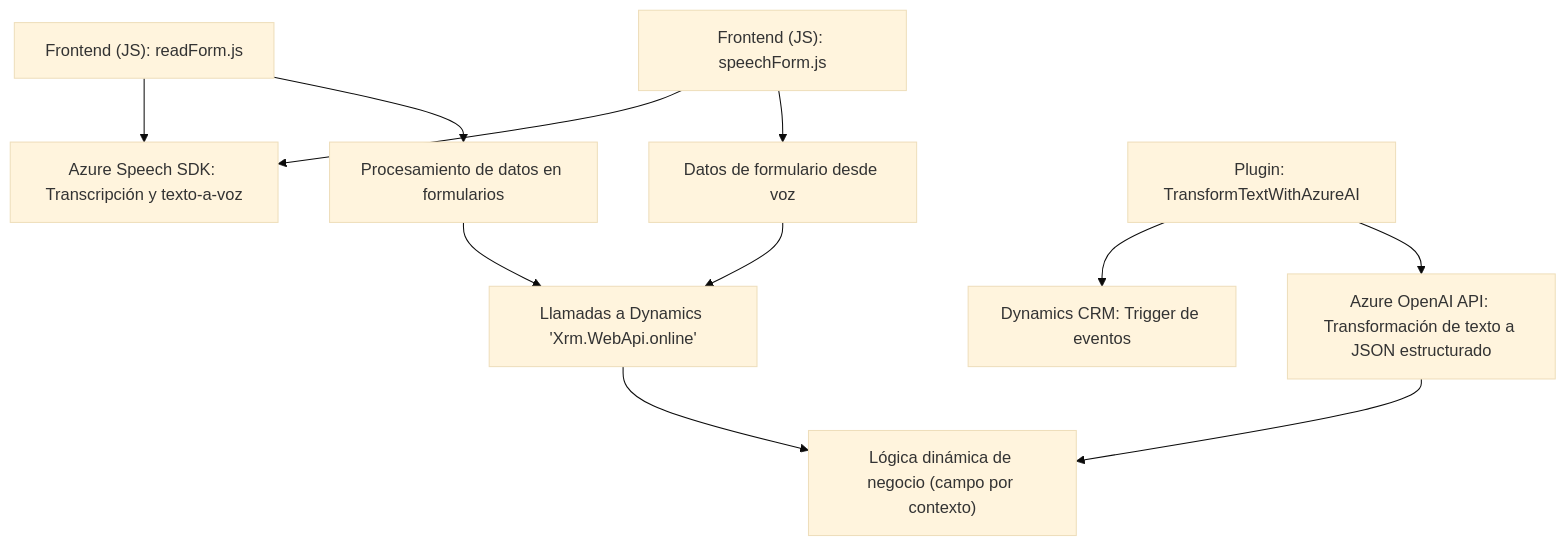
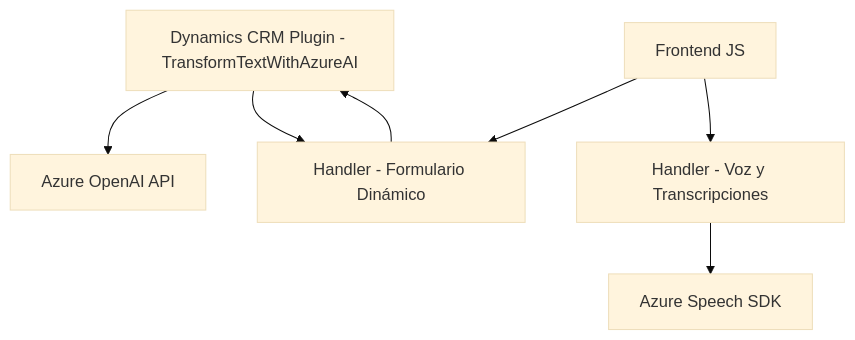
One commit to blopezdm/NETCORE_BILBAO2025 changed the diagram in README.md. Above: the diagram before and after it, drawn with Mermaid (base theme). The commit also changed other lines of this file, not shown here.

````diff
--- a/README.md
+++ b/README.md
@@ -47,17 +62,19 @@
 ```mermaid
 graph TD
-    A["Frontend (JS): readForm.js"] --> B["Azure Speech SDK: Transcripción y texto-a-voz"]
-    A --> C["Procesamiento de datos en formularios"]
-
-    D["Frontend (JS): speechForm.js"] --> B
-    D --> E["Datos de formulario desde voz"]
-
-    F["Plugin: TransformTextWithAzureAI"] --> G["Dynamics CRM: Trigger de eventos"]
-    F --> H["Azure OpenAI API: Transformación de texto a JSON estructurado"]
-
-    C --> J["Llamadas a Dynamics 'Xrm.WebApi.online'"]
-    E --> J
-
-    J --> K["Lógica dinámica de negocio (campo por contexto)"]
-    H --> K
+  AzureSpeech["Azure Speech SDK"]
+  OpenAI["Azure OpenAI API"]
+  DynamicsBackend["Dynamics CRM Plugin - TransformTextWithAzureAI"]
+  
+  Frontend["Frontend JS"]
+  FormHandler["Handler - Formulario Dinámico"]
+  VoiceHandler["Handler - Voz y Transcripciones"]
+  
+  Frontend --> FormHandler
+  Frontend --> VoiceHandler
+  VoiceHandler --> AzureSpeech
+  
+  DynamicsBackend --> OpenAI
+  DynamicsBackend --> FormHandler
+  
+  FormHandler --> DynamicsBackend
 ```
````
